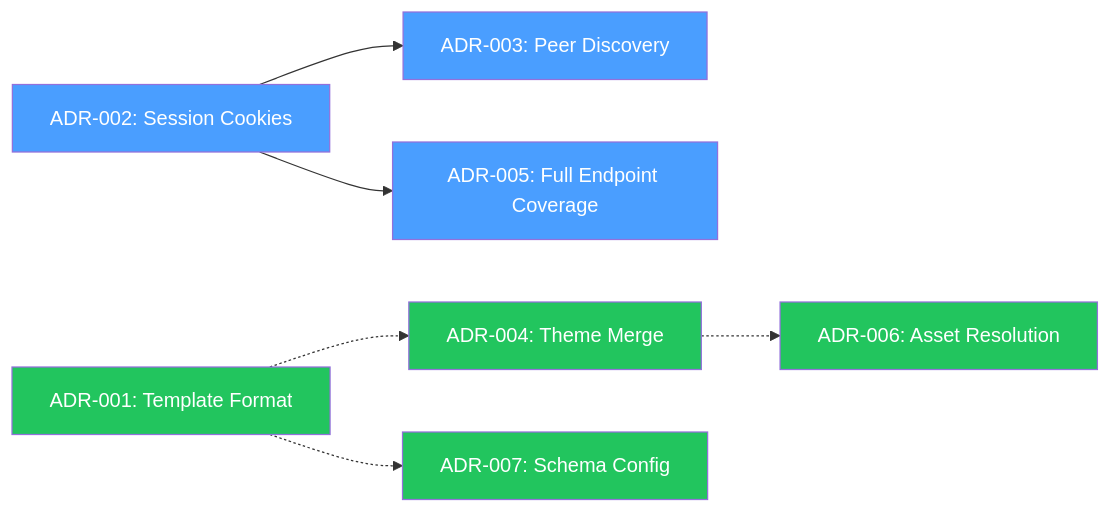
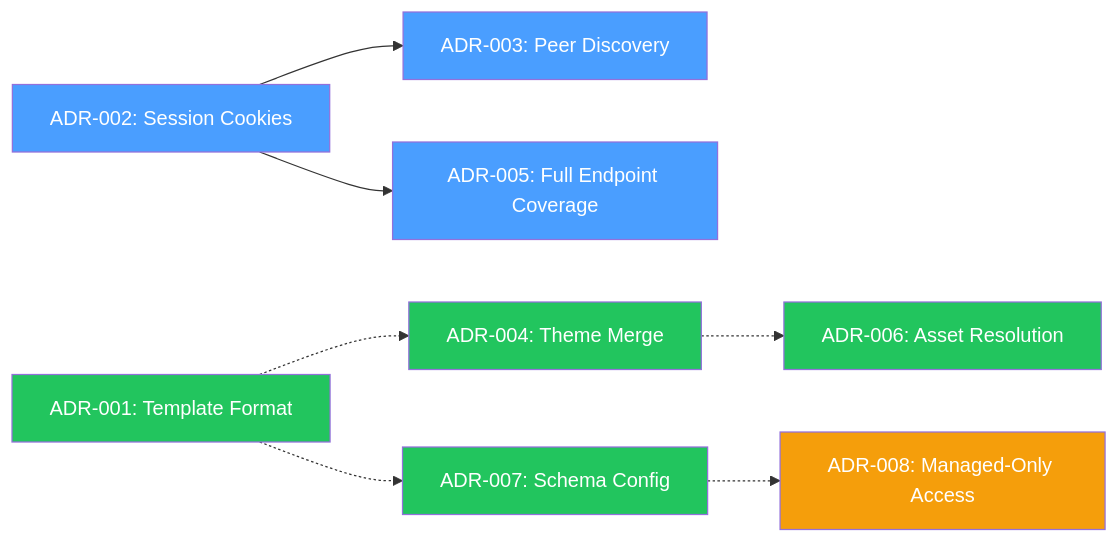
One commit to nogoo9/no-crd changed the diagram in docs/decisions/index.md. Above: the diagram before and after it, drawn with Mermaid. The commit also changed other lines of this file and 1 other file, not shown here.

Commit message:
docs: add ADR-008 managed-only pod access control
- Document the decision to gate pod tools behind nogoo9/managed-by label
- No admin bypass when MANAGED_ONLY=true (safety > convenience)
- list_pods reports unmanagedCount for operational awareness
- Updated ADR index and relationship map

````diff
--- a/docs/decisions/index.md
+++ b/docs/decisions/index.md
@@ -32,15 +33,17 @@
 ```mermaid
 graph LR
     ADR002["ADR-002: Session Cookies"] --> ADR003["ADR-003: Peer Discovery"]
     ADR002 --> ADR005["ADR-005: Full Endpoint Coverage"]
     ADR001["ADR-001: Template Format"] -.-> ADR004["ADR-004: Theme Merge"]
     ADR004 -.-> ADR006["ADR-006: Asset Resolution"]
     ADR001 -.-> ADR007["ADR-007: Schema Config"]
+    ADR007 -.-> ADR008["ADR-008: Managed-Only Access"]
     style ADR002 fill:#4a9eff,color:#fff
     style ADR003 fill:#4a9eff,color:#fff
     style ADR005 fill:#4a9eff,color:#fff
     style ADR001 fill:#22c55e,color:#fff
     style ADR004 fill:#22c55e,color:#fff
     style ADR006 fill:#22c55e,color:#fff
     style ADR007 fill:#22c55e,color:#fff
+    style ADR008 fill:#f59e0b,color:#fff
 ```
````
